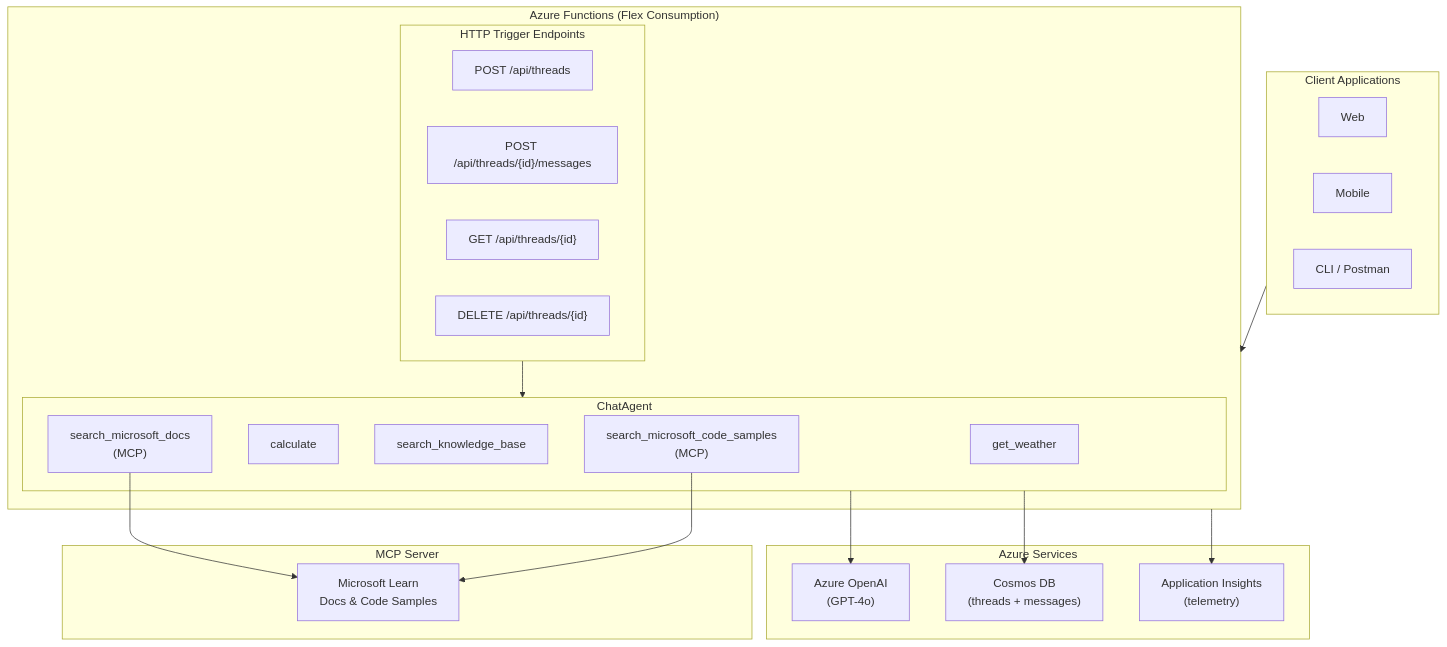
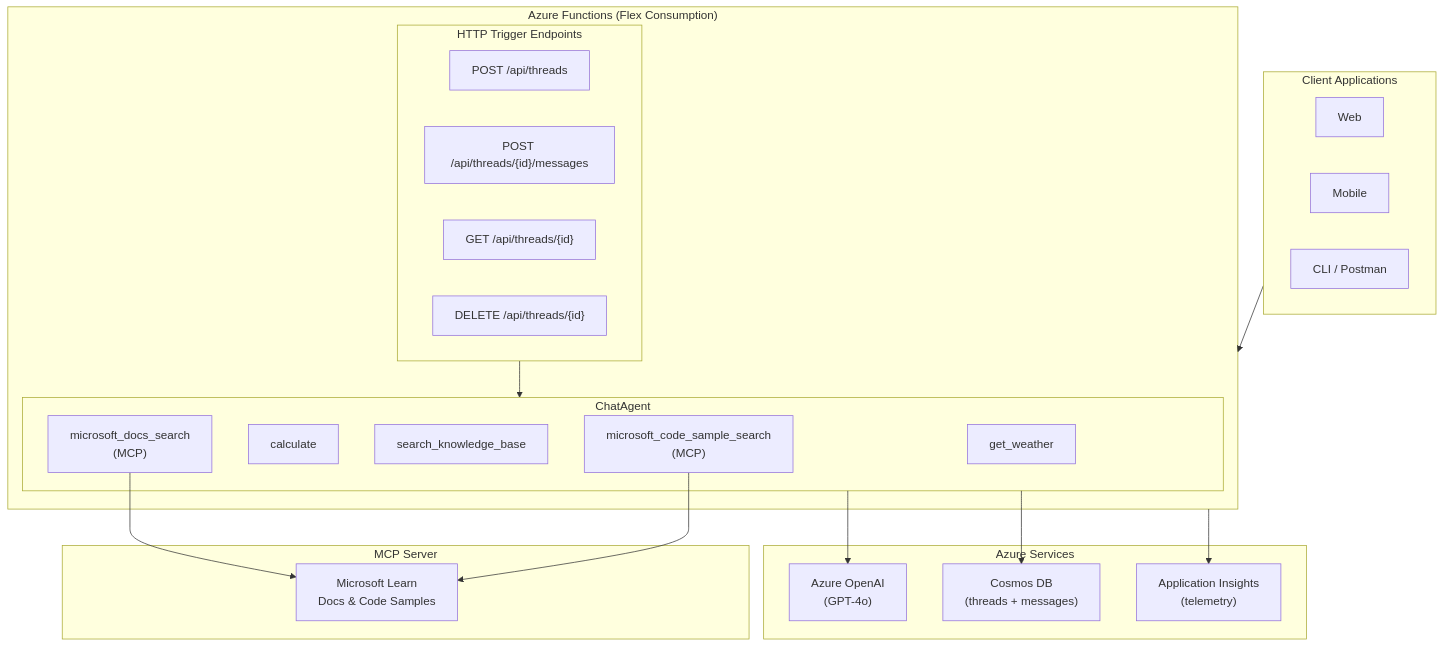
Before and after one commit to microsoft/agent-framework: the diagram in python/samples/05-end-to-end/enterprise-chat-agent/docs/DESIGN.md, drawn with Mermaid. The commit also changed other lines of this file and 12 other files, not shown here.

````diff
--- a/python/samples/05-end-to-end/enterprise-chat-agent/docs/DESIGN.md
+++ b/python/samples/05-end-to-end/enterprise-chat-agent/docs/DESIGN.md
@@ -33,44 +33,44 @@
 ```mermaid
 flowchart TB
     subgraph Clients["Client Applications"]
         Web["Web"]
         Mobile["Mobile"]
         CLI["CLI / Postman"]
     end
 
     subgraph AzureFunctions["Azure Functions (Flex Consumption)"]
         subgraph Endpoints["HTTP Trigger Endpoints"]
             POST1["POST /api/threads"]
             POST2["POST /api/threads/{id}/messages"]
             GET1["GET /api/threads/{id}"]
             DELETE1["DELETE /api/threads/{id}"]
         end
 
         subgraph Agent["ChatAgent"]
             Weather["get_weather"]
             Calc["calculate"]
             KB["search_knowledge_base"]
-            Docs["search_microsoft_docs<br/>(MCP)"]
-            Code["search_microsoft_code_samples<br/>(MCP)"]
+            Docs["microsoft_docs_search<br/>(MCP)"]
+            Code["microsoft_code_sample_search<br/>(MCP)"]
         end
 
         Endpoints --> Agent
     end
 
     subgraph Services["Azure Services"]
         OpenAI["Azure OpenAI<br/>(GPT-4o)"]
         CosmosDB["Cosmos DB<br/>(threads + messages)"]
         AppInsights["Application Insights<br/>(telemetry)"]
     end
 
     subgraph MCP["MCP Server"]
         MCPDocs["Microsoft Learn<br/>Docs & Code Samples"]
     end
 
     Clients --> AzureFunctions
     Agent --> OpenAI
     Agent --> CosmosDB
     AzureFunctions --> AppInsights
     Docs --> MCPDocs
     Code --> MCPDocs
 ```
````
